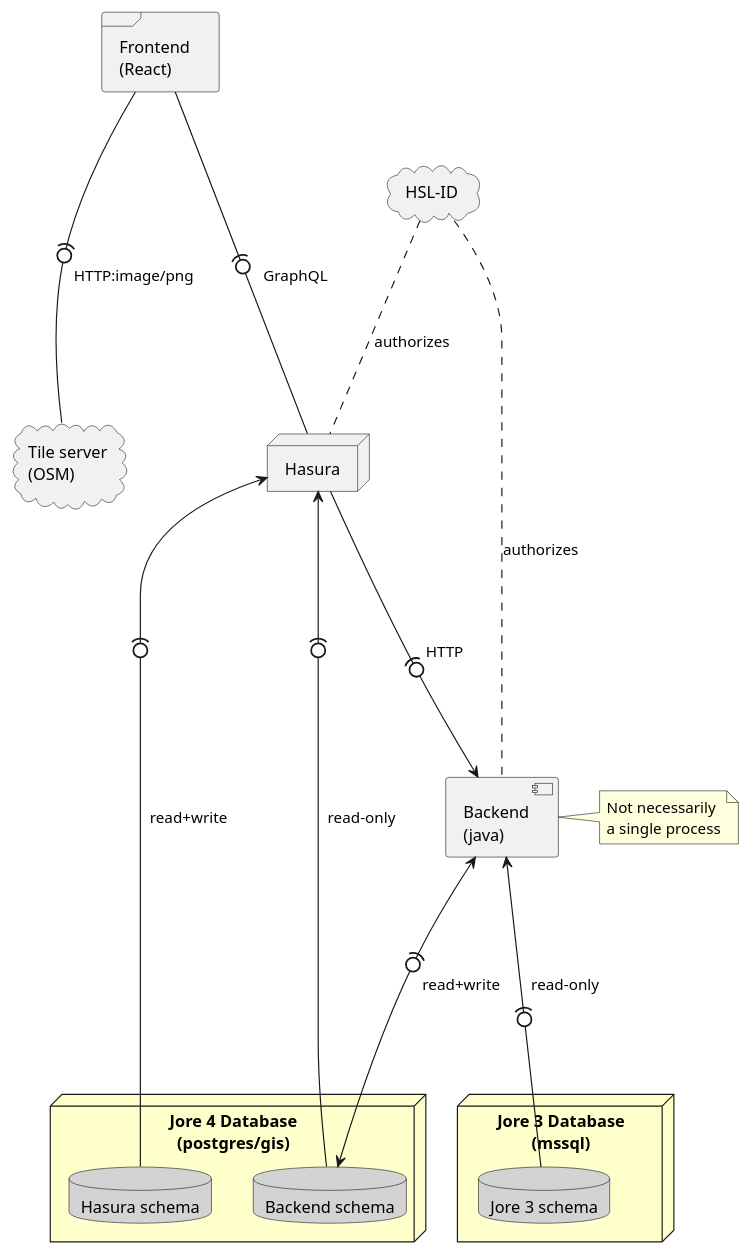
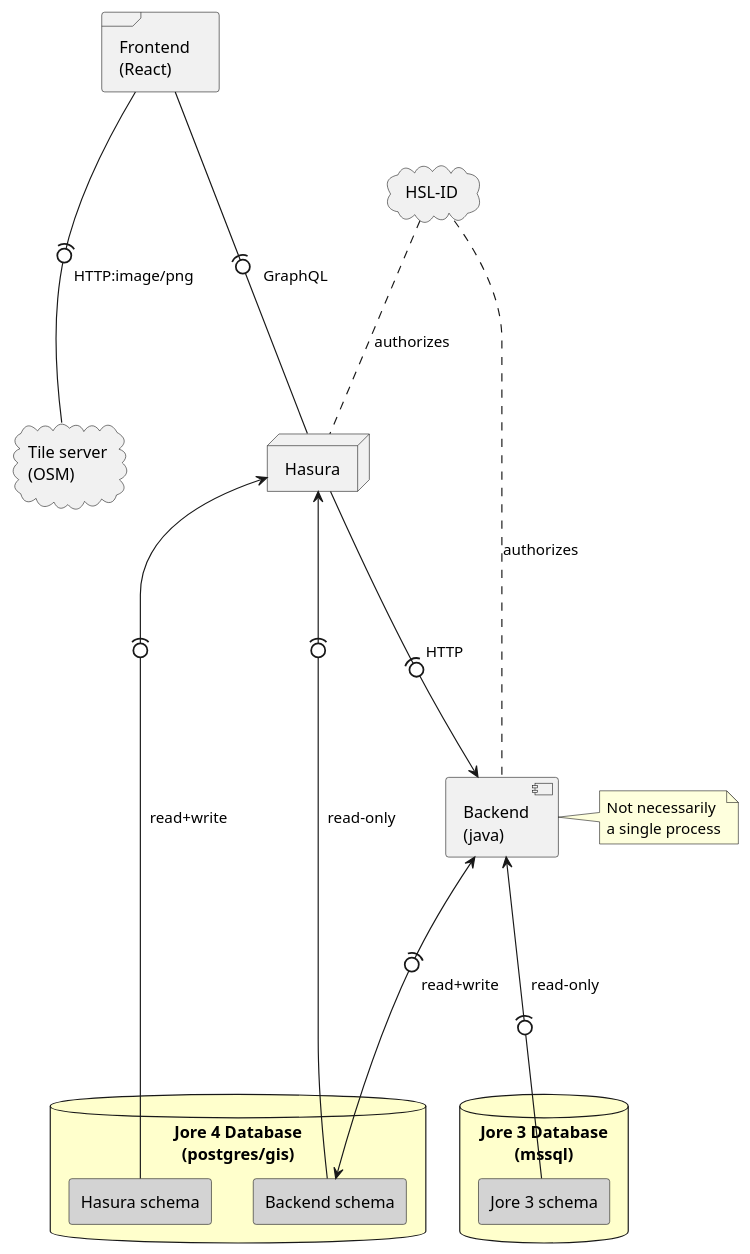
Before and after one commit to HSLdevcom/jore4: the diagram in wiki/images/architecture.puml, drawn with PlantUML.

Commit message:
Clean up diagram
"Everything is always in draft and subject to change":
https://about.gitlab.com/handbook/values/#everything-is-in-draft

```diff
--- a/wiki/images/architecture.puml
+++ b/wiki/images/architecture.puml
@@ -1,44 +1,42 @@
 @startuml
 'https://plantuml.com/deployment-diagram
 
-'First draft of the architecture wrt. discussion on 2021-02-17
-
-node "Jore 4 Database\n(postgres/gis)" as db #business {
-    database "Hasura schema" as hasuraschema #lightgray
-    database "Backend schema" as backendschema #lightgray
+database "Jore 4 Database\n(postgres/gis)" as db #business {
+    rectangle "Hasura schema" as hasuraschema #lightgray
+    rectangle "Backend schema" as backendschema #lightgray
 }
 
-node "Jore 3 Database\n(mssql)" as legacydb #business {
-    database "Jore 3 schema" as legacyschema #lightgray
+database "Jore 3 Database\n(mssql)" as legacydb #business {
+    rectangle "Jore 3 schema" as legacyschema #lightgray
 }
 
 node "Hasura" as hasura
 
 frame "Frontend\n(React)" as frontend
 
 component "Backend\n(java)" as backend
 
-cloud "HSL-ID" as hsl
+cloud "HSL-ID" as hslid
 
 cloud "Tile server\n(OSM)" as tile
 
 note right of backend : Not necessarily\na single process
 
 frontend --(0-- hasura : GraphQL
 
 frontend --(0-- tile : HTTP:image/png
 
 hasura <--(0-- backendschema : read-only
 
 hasura <--(0-- hasuraschema : read+write
 
 backend <--(0--> backendschema : read+write
 
 backend <--(0-- legacyschema : read-only
 
 hasura --(0--> backend : HTTP
 
-hsl ... backend : authorizes
-hsl ... hasura : authorizes
+hslid ... backend : authorizes
+hslid ... hasura : authorizes
 
 @enduml
```
